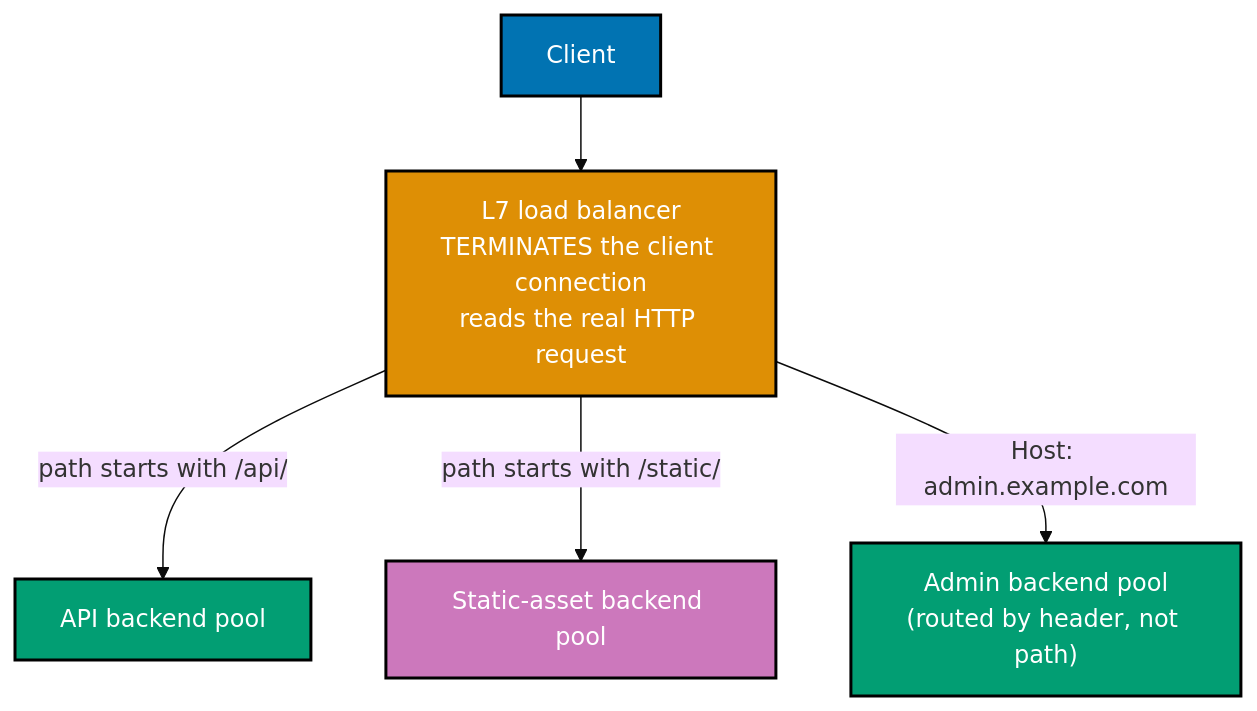
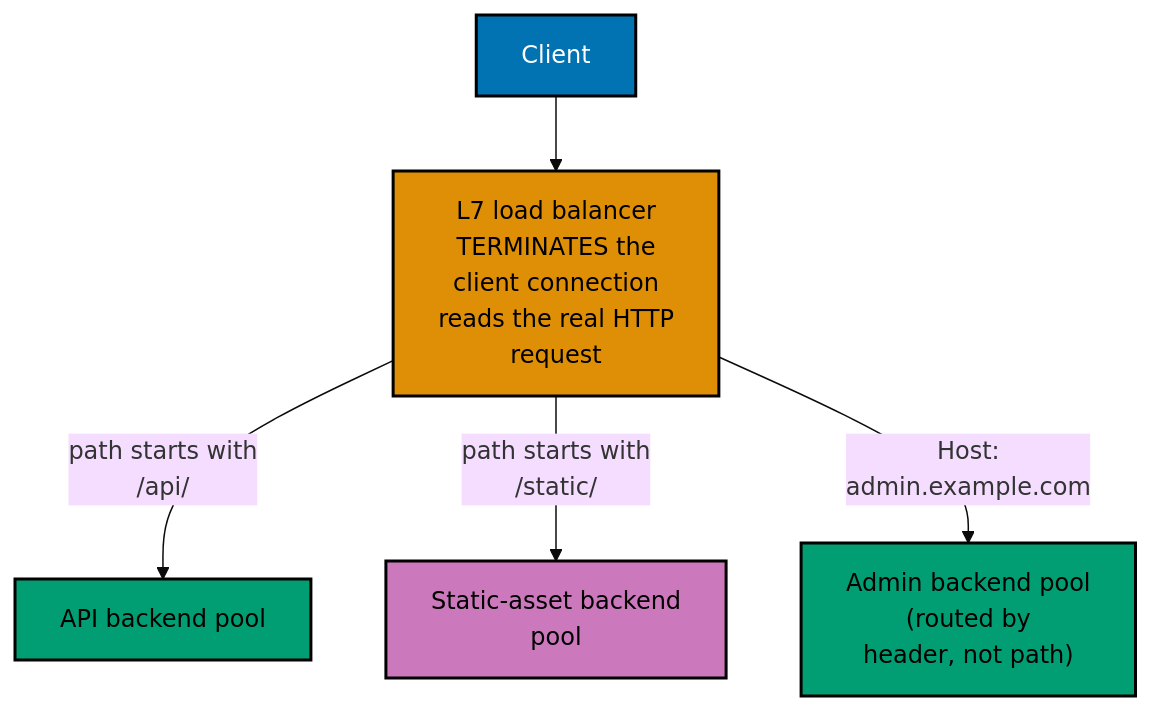
One commit to wahidyankf/ose-public changed the sixth of 9 diagrams in apps/ayokoding-www/content/en/learn/courses/advanced-networking/learning/advanced.md. Above: the diagram before and after it, drawn with Mermaid (base theme). The commit also changed other lines of this file and 144 other files, not shown here.

First line of the commit message:
fix(mermaid): bring the first half of the courses diagrams onto the accessible palette

````diff
--- a/apps/ayokoding-www/content/en/learn/courses/advanced-networking/learning/advanced.md
+++ b/apps/ayokoding-www/content/en/learn/courses/advanced-networking/learning/advanced.md
@@ -611,13 +624,16 @@
 ```mermaid
 %% Color Palette: Blue #0173B2, Orange #DE8F05, Teal #029E73, Purple #CC78BC
 graph TD
-    C["Client"]:::blue --> LB["L7 load balancer<br/>TERMINATES the client connection<br/>reads the real HTTP request"]:::orange
-    LB -->|"path starts with /api/"| API["API backend pool"]:::teal
-    LB -->|"path starts with /static/"| CDN_BE["Static-asset backend pool"]:::purple
-    LB -->|"Host: admin.example.com"| ADMIN["Admin backend pool<br/>#40;routed by header, not path#41;"]:::teal
+    accTitle: Example 46: L7 Load Balancing -- Routing by HTTP Path/Header Content
+    accDescr: Graph with 5 nodes and 4 connections. Nodes: Client, L7 load balancer TERMINATES the client connection reads the real HTTP request, API backend pool, Static-asset backend pool, Admin backend pool 40routed by header, not path41. Connections: Client to L7 load balancer TERMINATES the client connection reads the real HTTP request, L7 load balancer TERMINATES the client connection reads the real HTTP request to API backend pool (path starts with /api/), L7 load balancer TERMINATES the client connection reads the real HTTP request to Static-asset backend pool (path starts with /static/), L7 load balancer TERMINATES the client connection reads the real HTTP request to Admin backend pool 40routed by header, not path41 (Host: admin.example.com).
+    C["Client"]:::blue --> LB["L7 load balancer<br/>TERMINATES the<br/>client connection<br/>reads the real HTTP<br/>request"]:::orange
+    LB -->|"path starts with<br/>/api/"| API["API backend pool"]:::teal
+    LB -->|"path starts with<br/>/static/"| CDN_BE["Static-asset backend<br/>pool"]:::purple
+    LB -->|"Host:<br/>admin.example.com"| ADMIN["Admin backend pool<br/>#40;routed by<br/>header, not path#41;"]:::teal
 
     classDef blue fill:#0173B2,stroke:#000000,color:#FFFFFF,stroke-width:2px
-    classDef orange fill:#DE8F05,stroke:#000000,color:#FFFFFF,stroke-width:2px
-    classDef teal fill:#029E73,stroke:#000000,color:#FFFFFF,stroke-width:2px
-    classDef purple fill:#CC78BC,stroke:#000000,color:#FFFFFF,stroke-width:2px
+    classDef orange fill:#DE8F05,stroke:#000000,color:#000000,stroke-width:2px
+    classDef teal fill:#029E73,stroke:#000000,color:#000000,stroke-width:2px
+    classDef purple fill:#CC78BC,stroke:#000000,color:#000000,stroke-width:2px
+    classDef default fill:#FFFFFF,stroke:#000000,color:#000000
 ```
````
